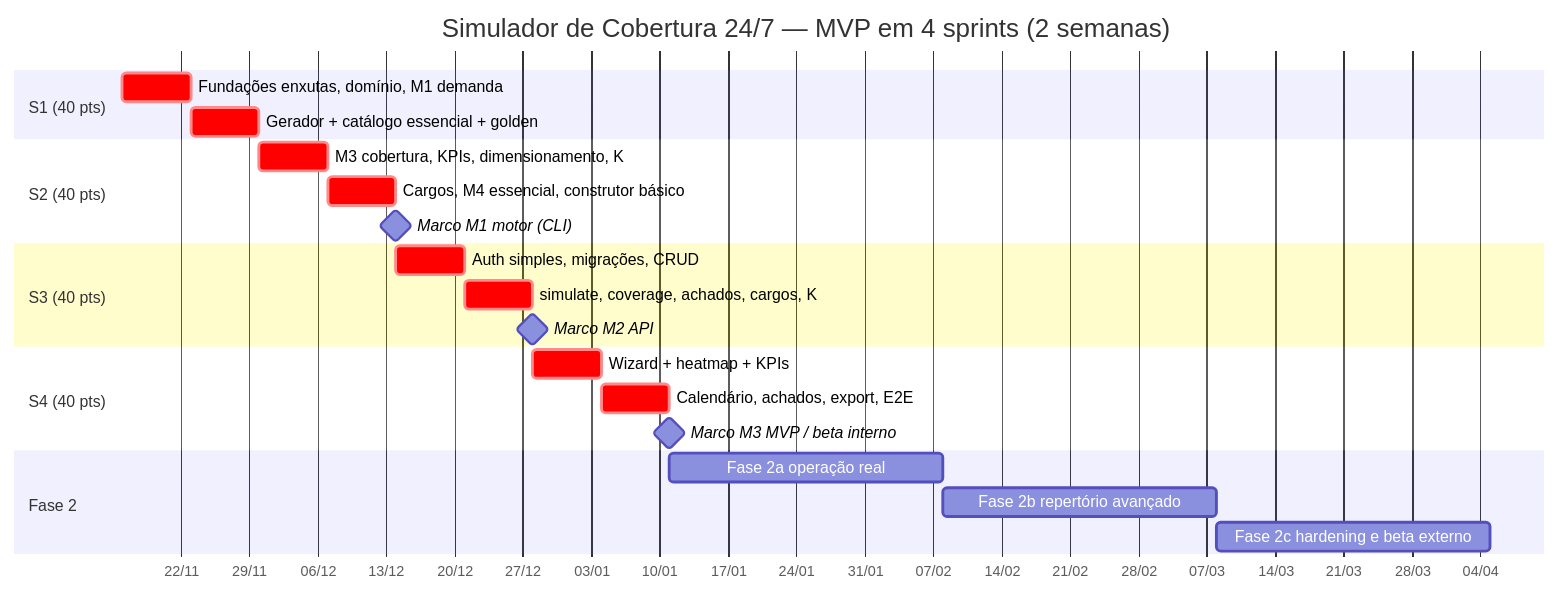
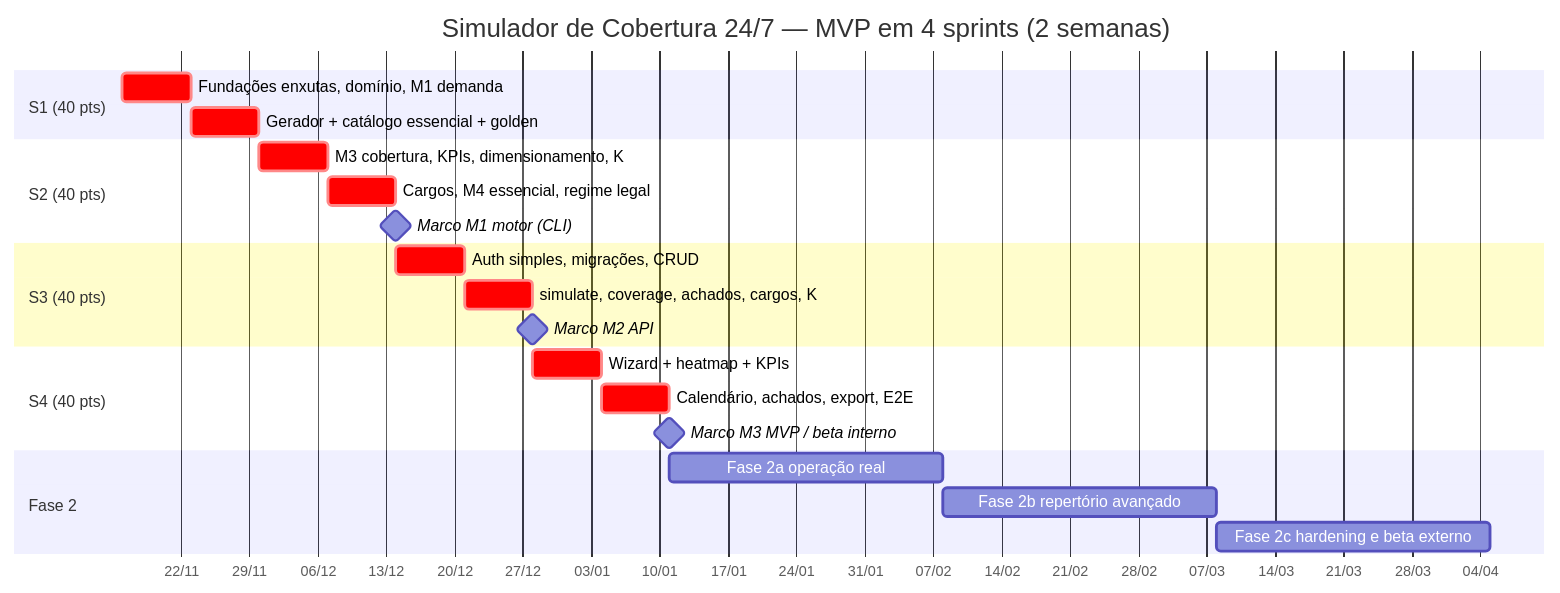
One commit to thgterto/Ferramentas-Web changed the diagram in docs/simulador-escalas/06-plano-de-implementacao.md. Above: the diagram before and after it, drawn with Mermaid. The commit also changed other lines of this file and 6 other files, not shown here.

First line of the commit message:
docs: v3.4 - regras da transição pós-6x1 (regime legal versionado 44h/42h/40h)

````diff
--- a/docs/simulador-escalas/06-plano-de-implementacao.md
+++ b/docs/simulador-escalas/06-plano-de-implementacao.md
@@ -192,25 +201,25 @@
 ```mermaid
 gantt
     title Simulador de Cobertura 24/7 — MVP em 4 sprints (2 semanas)
     dateFormat  YYYY-MM-DD
     axisFormat  %d/%m
     section S1 (40 pts)
     Fundações enxutas, domínio, M1 demanda     :crit, s1a, 2026-11-16, 7d
     Gerador + catálogo essencial + golden      :crit, s1b, after s1a, 7d
     section S2 (40 pts)
     M3 cobertura, KPIs, dimensionamento, K     :crit, s2a, after s1b, 7d
-    Cargos, M4 essencial, construtor básico    :crit, s2b, after s2a, 7d
+    Cargos, M4 essencial, regime legal         :crit, s2b, after s2a, 7d
     Marco M1 motor (CLI)                       :milestone, m1, after s2b, 0d
     section S3 (40 pts)
     Auth simples, migrações, CRUD              :crit, s3a, after s2b, 7d
     simulate, coverage, achados, cargos, K     :crit, s3b, after s3a, 7d
     Marco M2 API                               :milestone, m2, after s3b, 0d
     section S4 (40 pts)
     Wizard + heatmap + KPIs                    :crit, s4a, after s3b, 7d
     Calendário, achados, export, E2E           :crit, s4b, after s4a, 7d
     Marco M3 MVP / beta interno                :milestone, m3, after s4b, 0d
     section Fase 2
     Fase 2a operação real                      :f2a, after s4b, 28d
     Fase 2b repertório avançado                :f2b, after f2a, 28d
     Fase 2c hardening e beta externo           :f2c, after f2b, 28d
 ```
````
